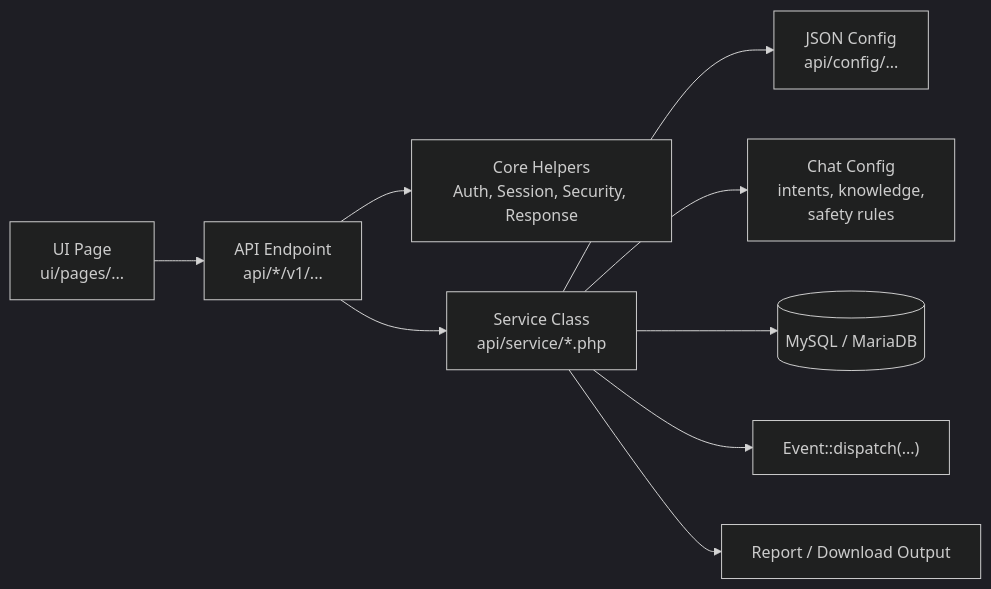
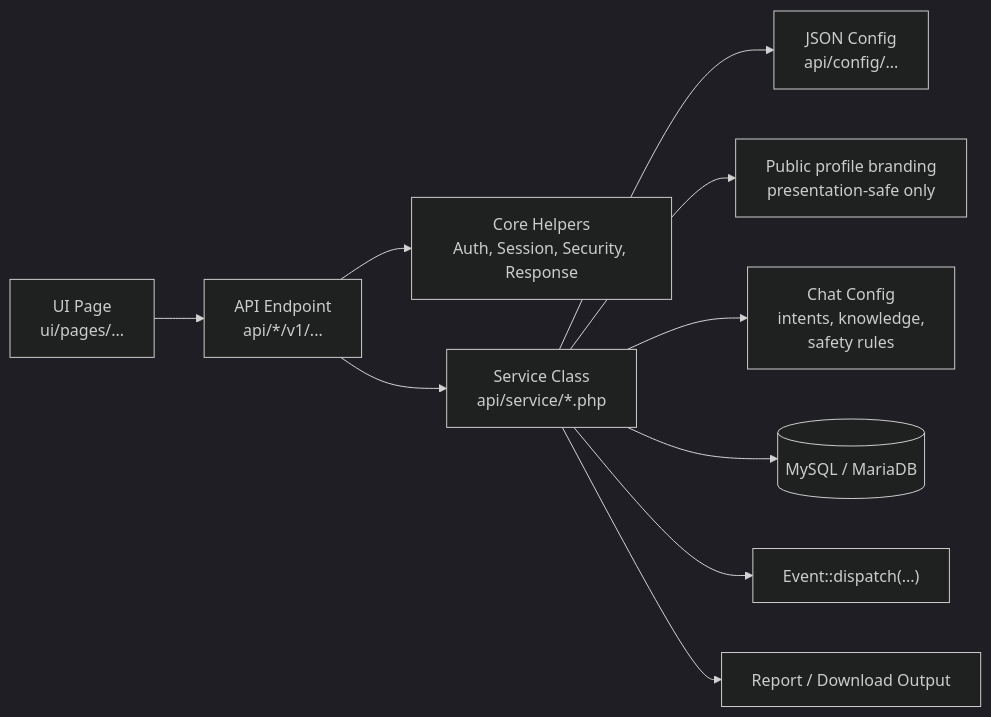
One commit to PSMRI/saQshi_open_source changed the diagram in docs/architecture/service_map.md. Above: the diagram before and after it, drawn with Mermaid (dark theme). The commit also changed other lines of this file and 45 other files, not shown here.

````diff
--- a/docs/architecture/service_map.md
+++ b/docs/architecture/service_map.md
@@ -36,11 +36,12 @@
 ```mermaid
 flowchart LR
     UI["UI Page<br/>ui/pages/..."] --> API["API Endpoint<br/>api/*/v1/..."]
     API --> CORE["Core Helpers<br/>Auth, Session, Security, Response"]
     API --> SERVICE["Service Class<br/>api/service/*.php"]
     SERVICE --> CONFIG["JSON Config<br/>api/config/..."]
+    SERVICE --> BRANDING["Public profile branding<br/>presentation-safe only"]
     SERVICE --> CHATCFG["Chat Config<br/>intents, knowledge,<br/>safety rules"]
     SERVICE --> DB[("MySQL / MariaDB")]
     SERVICE --> EVENT["Event::dispatch(...)"]
     SERVICE --> REPORT["Report / Download Output"]
 ```
````
